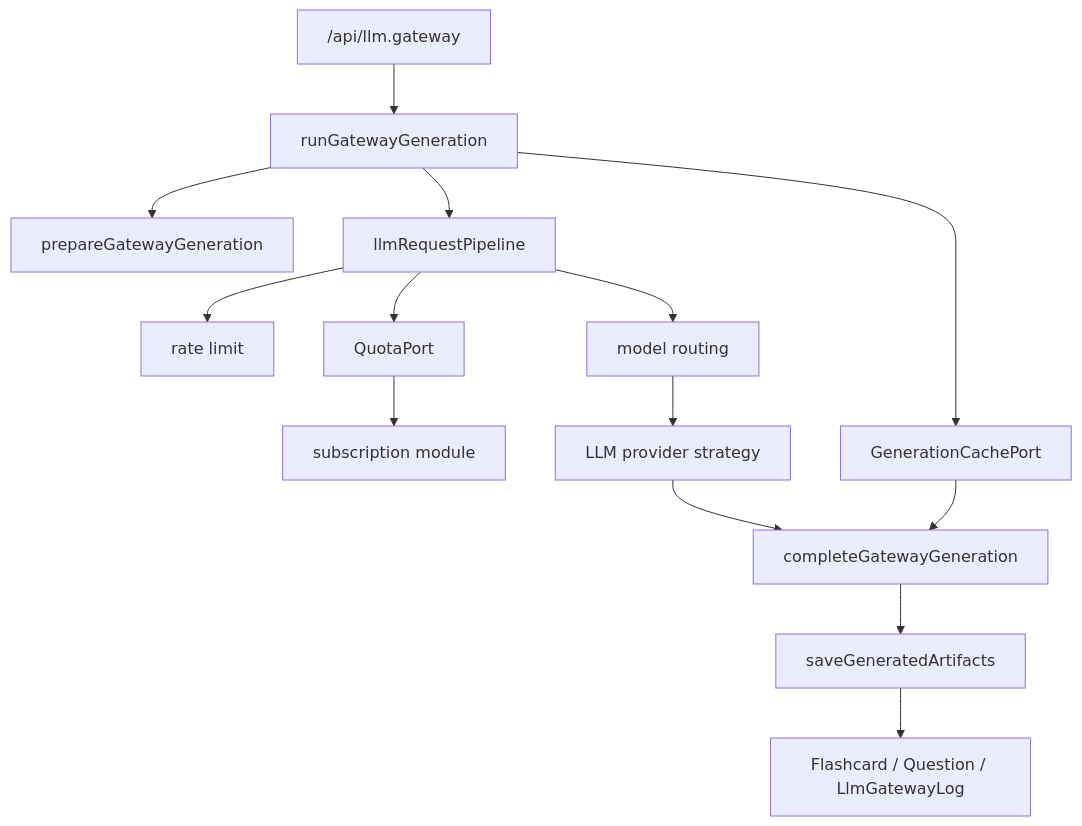
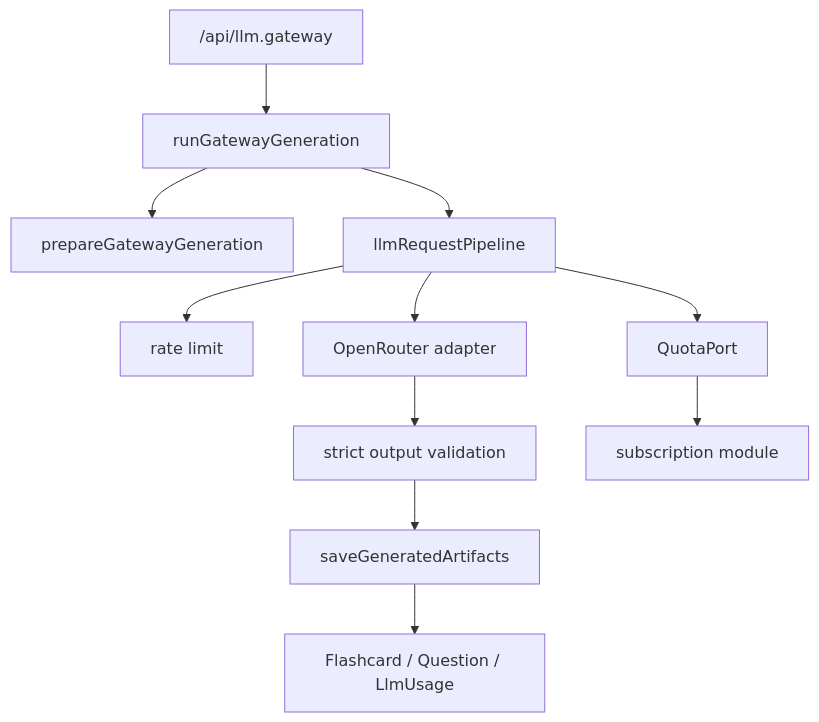
The tenth of 15 diagrams in docs/MODULE_SYSTEM_DIAGRAMS.md (AM-Saad/CleverAI), drawn with Mermaid before and after one commit. The commit also changed other lines of this file and 116 other files, not shown here.

````diff
--- a/docs/MODULE_SYSTEM_DIAGRAMS.md
+++ b/docs/MODULE_SYSTEM_DIAGRAMS.md
@@ -269,16 +269,13 @@
 ```mermaid
 flowchart TD
   GatewayRoute["/api/llm.gateway"] --> Run["runGatewayGeneration"]
   Run --> Prepare["prepareGatewayGeneration"]
   Run --> Pipeline["llmRequestPipeline"]
   Pipeline --> RateLimit["rate limit"]
   Pipeline --> Quota["QuotaPort"]
-  Pipeline --> Router["model routing"]
-  Router --> Strategy["LLM provider strategy"]
-  Run --> Cache["GenerationCachePort"]
-  Strategy --> Complete["completeGatewayGeneration"]
-  Cache --> Complete
-  Complete --> Save["saveGeneratedArtifacts"]
-  Save --> Prisma["Flashcard / Question / LlmGatewayLog"]
+  Pipeline --> OpenRouter["OpenRouter adapter"]
+  OpenRouter --> Validate["strict output validation"]
+  Validate --> Save["saveGeneratedArtifacts"]
+  Save --> Prisma["Flashcard / Question / LlmUsage"]
   Quota --> Subscription["subscription module"]
 ```
````
